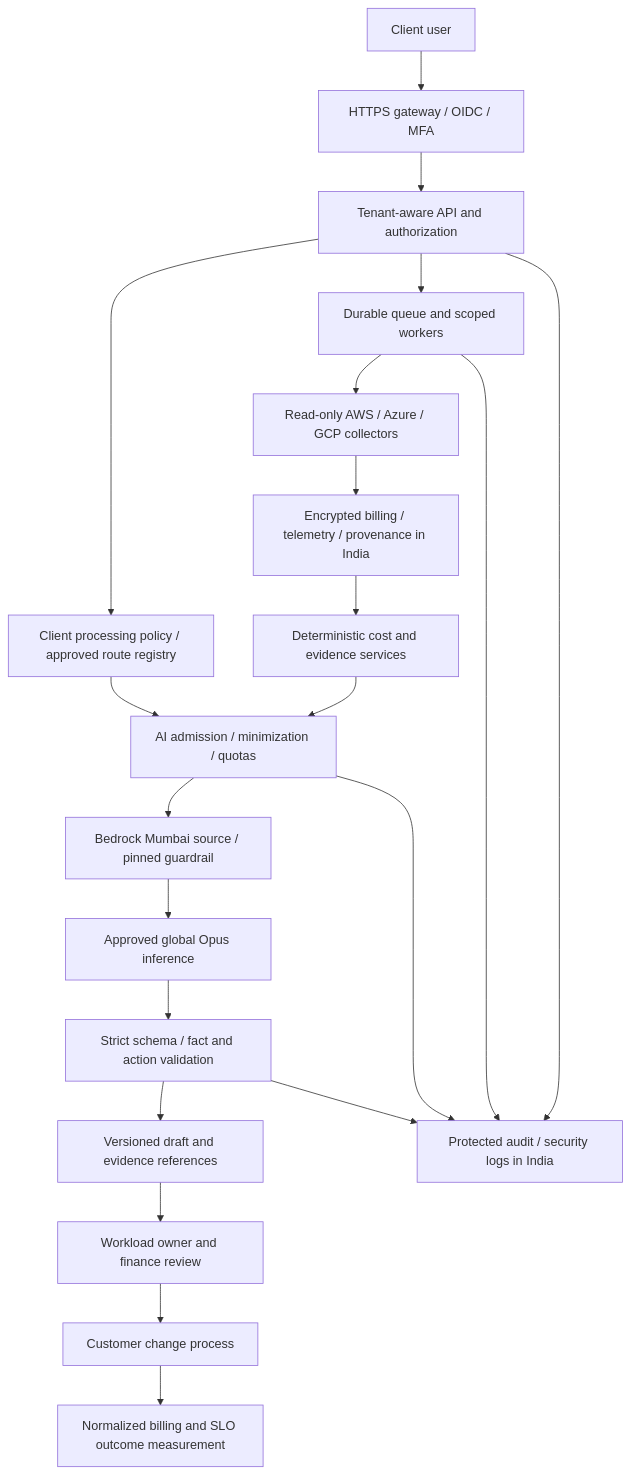
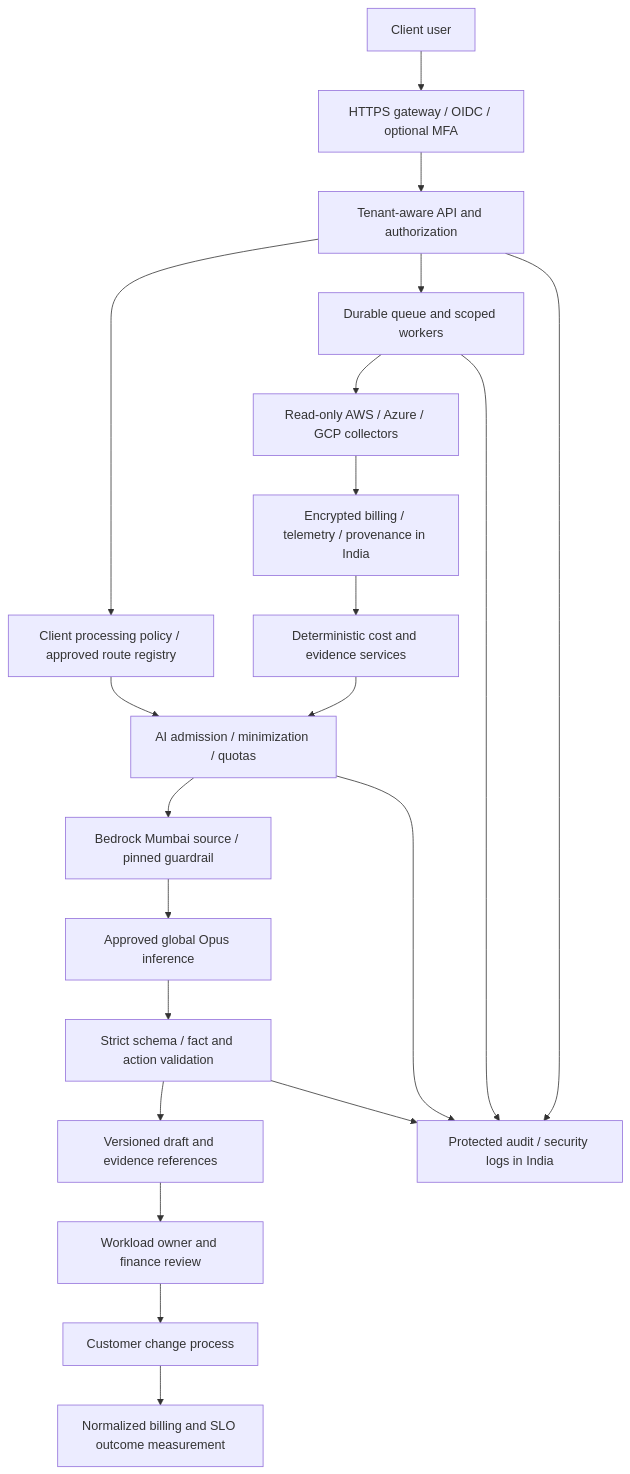
The diagram in docs/BEDROCK_PRODUCTION_INDIA.md (nishantrishav01/finops-autopilot), drawn with Mermaid before and after one commit. The commit also changed other lines of this file and 7 other files, not shown here.

Commit message:
Make Cognito MFA optional per owner preference

````diff
--- a/docs/BEDROCK_PRODUCTION_INDIA.md
+++ b/docs/BEDROCK_PRODUCTION_INDIA.md
@@ -26,23 +26,23 @@
 ```mermaid
 flowchart TB
-    USER[Client user] --> EDGE[HTTPS gateway / OIDC / MFA]
+    USER[Client user] --> EDGE[HTTPS gateway / OIDC / optional MFA]
     EDGE --> API[Tenant-aware API and authorization]
     API --> POLICY[Client processing policy / approved route registry]
     API --> WORK[Durable queue and scoped workers]
     WORK --> COLLECT[Read-only AWS / Azure / GCP collectors]
     COLLECT --> DATA[Encrypted billing / telemetry / provenance in India]
     DATA --> RULES[Deterministic cost and evidence services]
     RULES --> GATE[AI admission / minimization / quotas]
     POLICY --> GATE
     GATE --> BR[Bedrock Mumbai source / pinned guardrail]
     BR --> GLOBAL[Approved global Opus inference]
     GLOBAL --> VALIDATE[Strict schema / fact and action validation]
     VALIDATE --> DRAFT[Versioned draft and evidence references]
     DRAFT --> REVIEW[Workload owner and finance review]
     REVIEW --> CHANGE[Customer change process]
     CHANGE --> MEASURE[Normalized billing and SLO outcome measurement]
     API --> AUDIT[Protected audit / security logs in India]
     WORK --> AUDIT
     GATE --> AUDIT
     VALIDATE --> AUDIT
 ```
````
